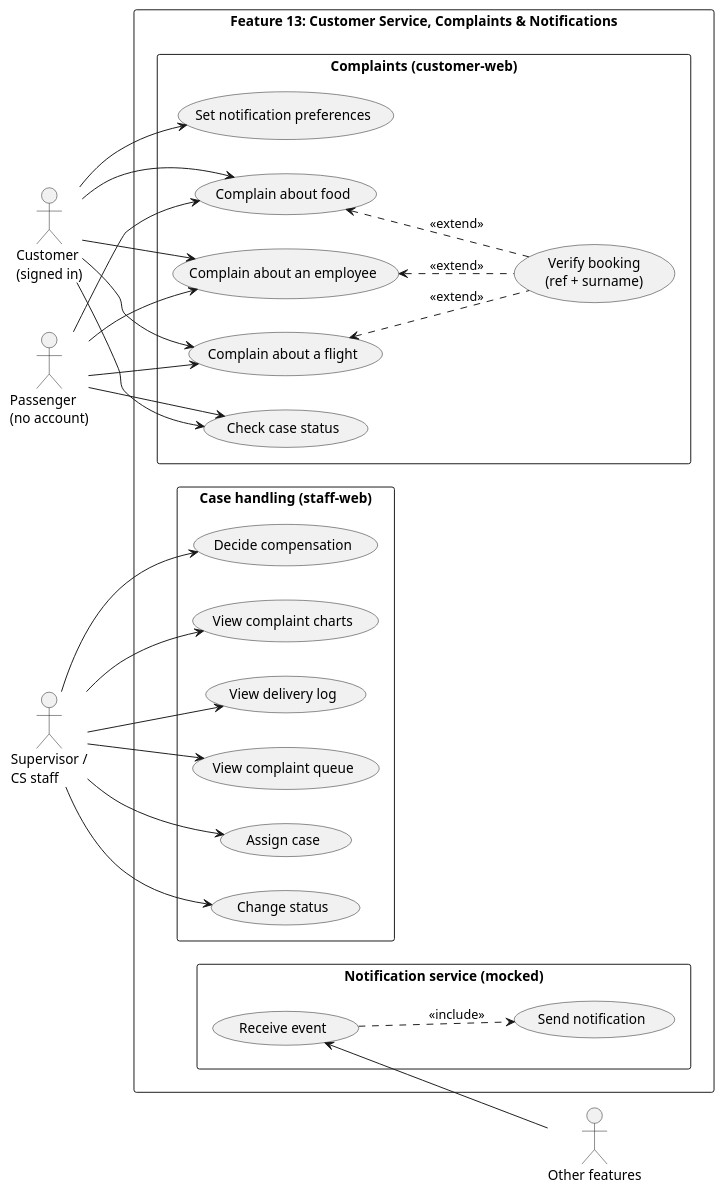
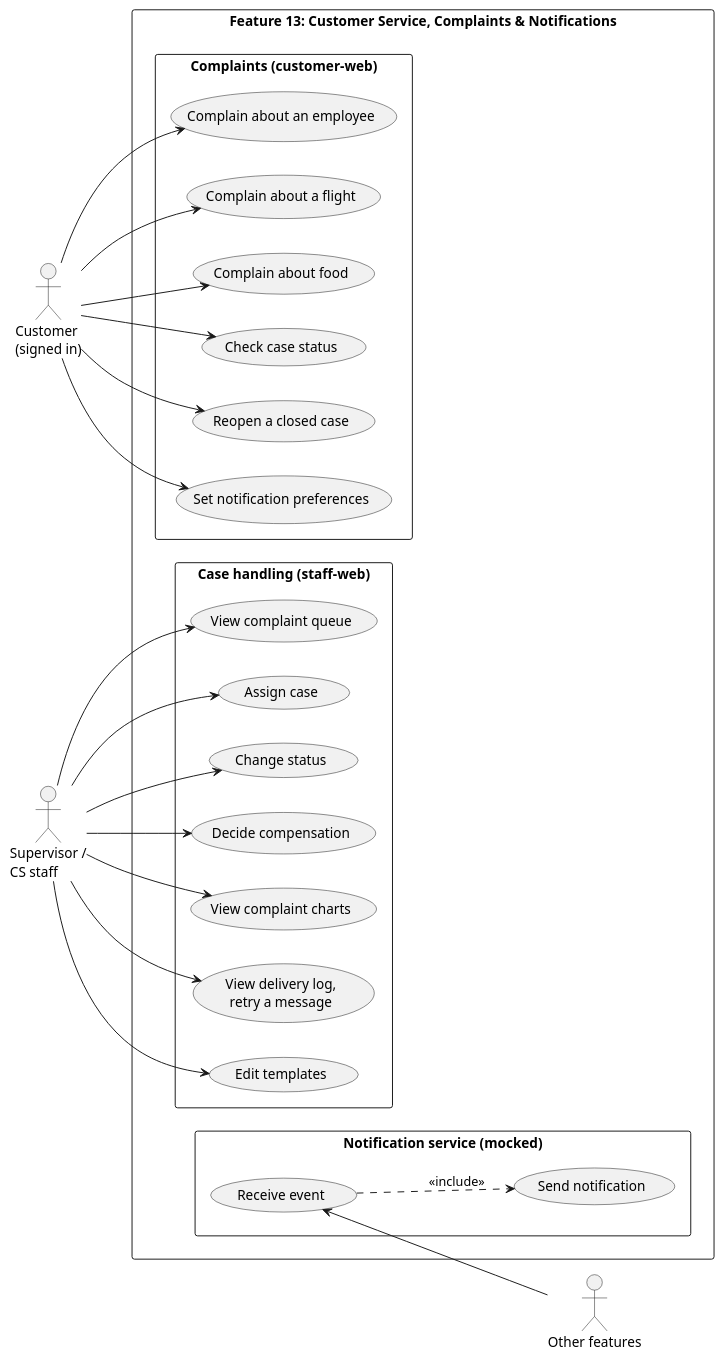
The first of 2 diagrams in docs/f13-g16.md (CSC290-2026-AIRLINE/airline-management-system), drawn with PlantUML before and after one commit. The commit also changed other lines of this file, not shown here.

Commit message:
docs(g16): describe the finished Feature 13, account only

````diff
--- a/docs/f13-g16.md
+++ b/docs/f13-g16.md
@@ -185,57 +217,52 @@
 ```plantuml
 @startuml F13_UseCase
 left to right direction
 skinparam packageStyle rectangle
 skinparam shadowing false
 
 actor "Customer\n(signed in)" as CU
-actor "Passenger\n(no account)" as PA
 actor "Supervisor /\nCS staff" as SV
 actor "Other features" as OF
 
 rectangle "Feature 13: Customer Service, Complaints & Notifications" {
   rectangle "Complaints (customer-web)" {
     usecase "Complain about an employee" as K1
     usecase "Complain about a flight" as K2
     usecase "Complain about food" as K3
-    usecase "Verify booking\n(ref + surname)" as K4
     usecase "Check case status" as K5
+    usecase "Reopen a closed case" as K7
     usecase "Set notification preferences" as K6
   }
   rectangle "Case handling (staff-web)" {
     usecase "View complaint queue" as S1
     usecase "Assign case" as S2
     usecase "Change status" as S3
     usecase "Decide compensation" as S4
     usecase "View complaint charts" as S5
-    usecase "View delivery log" as S6
+    usecase "View delivery log,\nretry a message" as S6
+    usecase "Edit templates" as S7
   }
   rectangle "Notification service (mocked)" {
     usecase "Receive event" as E1
     usecase "Send notification" as E2
   }
 }
 
 CU --> K1
 CU --> K2
 CU --> K3
 CU --> K5
+CU --> K7
 CU --> K6
-PA --> K1
-PA --> K2
-PA --> K3
-PA --> K5
-K1 <.. K4 : <<extend>>
-K2 <.. K4 : <<extend>>
-K3 <.. K4 : <<extend>>
 
 SV --> S1
 SV --> S2
 SV --> S3
 SV --> S4
 SV --> S5
 SV --> S6
+SV --> S7
 E1 <-- OF
 E1 ..> E2 : <<include>>
 @enduml
 ```
````
